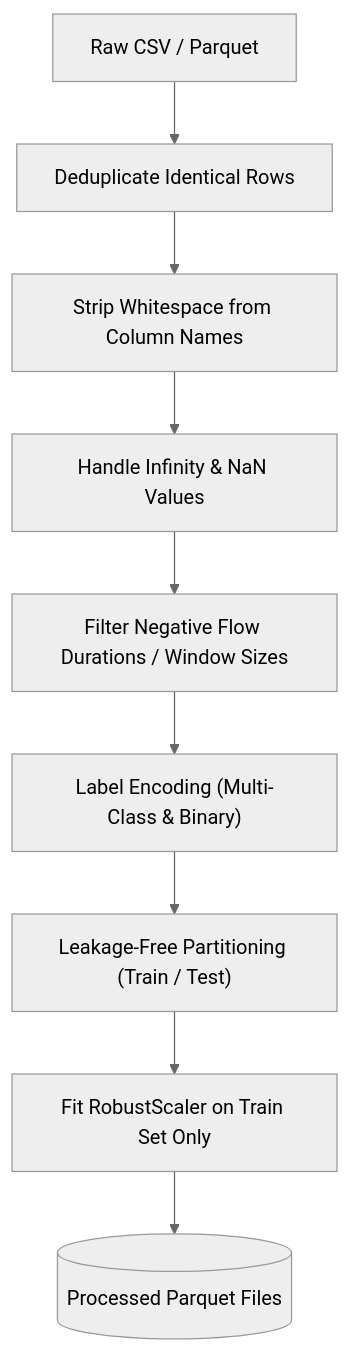
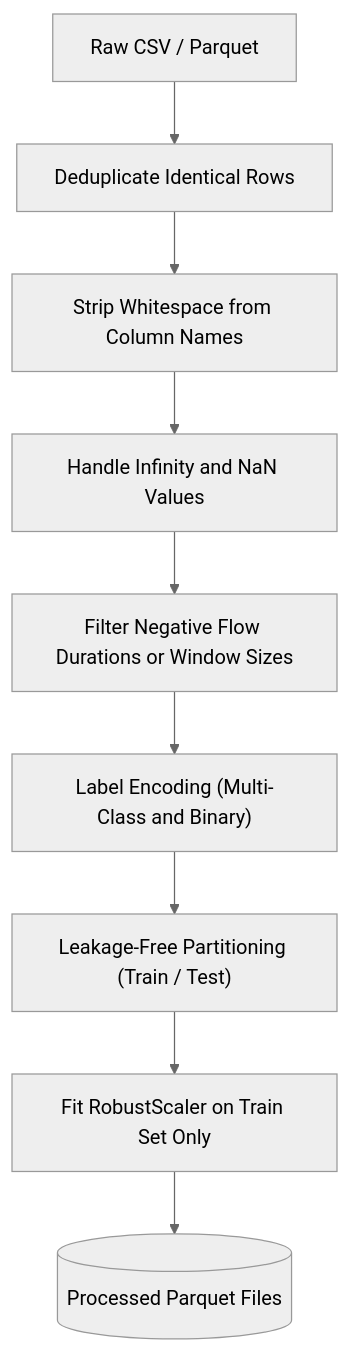
Before and after one commit to sunayanakamat04/cybersentinel-ai: the diagram in docs/DATASET_GUIDE.md, drawn with Mermaid (neutral theme). The commit also changed 3 other files, not shown here.

Commit message:
fix(docs): resolve Mermaid syntax parse errors for GitHub rich display rendering

````diff
--- a/docs/DATASET_GUIDE.md
+++ b/docs/DATASET_GUIDE.md
@@ -59,11 +59,12 @@
 ```mermaid
 flowchart TD
     RAW["Raw CSV / Parquet"] --> DEDUP["Deduplicate Identical Rows"]
     DEDUP --> STRIP["Strip Whitespace from Column Names"]
-    STRIP --> INF_NAN["Handle Infinity & NaN Values"]
-    INF_NAN --> NEG_VAL["Filter Negative Flow Durations / Window Sizes"]
-    NEG_VAL --> ENCODE["Label Encoding (Multi-Class & Binary)"]
+    STRIP --> INF_NAN["Handle Infinity and NaN Values"]
+    INF_NAN --> NEG_VAL["Filter Negative Flow Durations or Window Sizes"]
+    ENCODE["Label Encoding (Multi-Class and Binary)"]
+    NEG_VAL --> ENCODE
     ENCODE --> SPLIT["Leakage-Free Partitioning (Train / Test)"]
     SPLIT --> SCALE["Fit RobustScaler on Train Set Only"]
     SCALE --> OUT[("Processed Parquet Files")]
 ```
````
